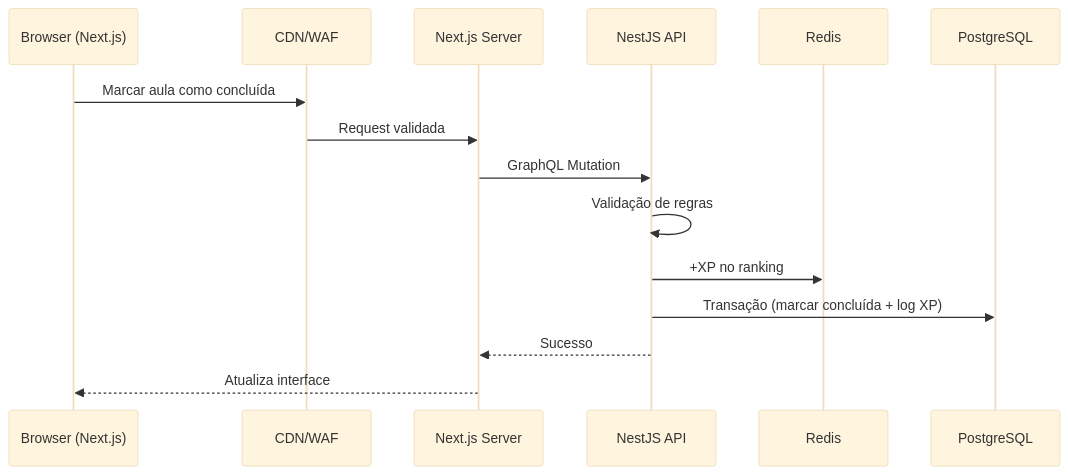
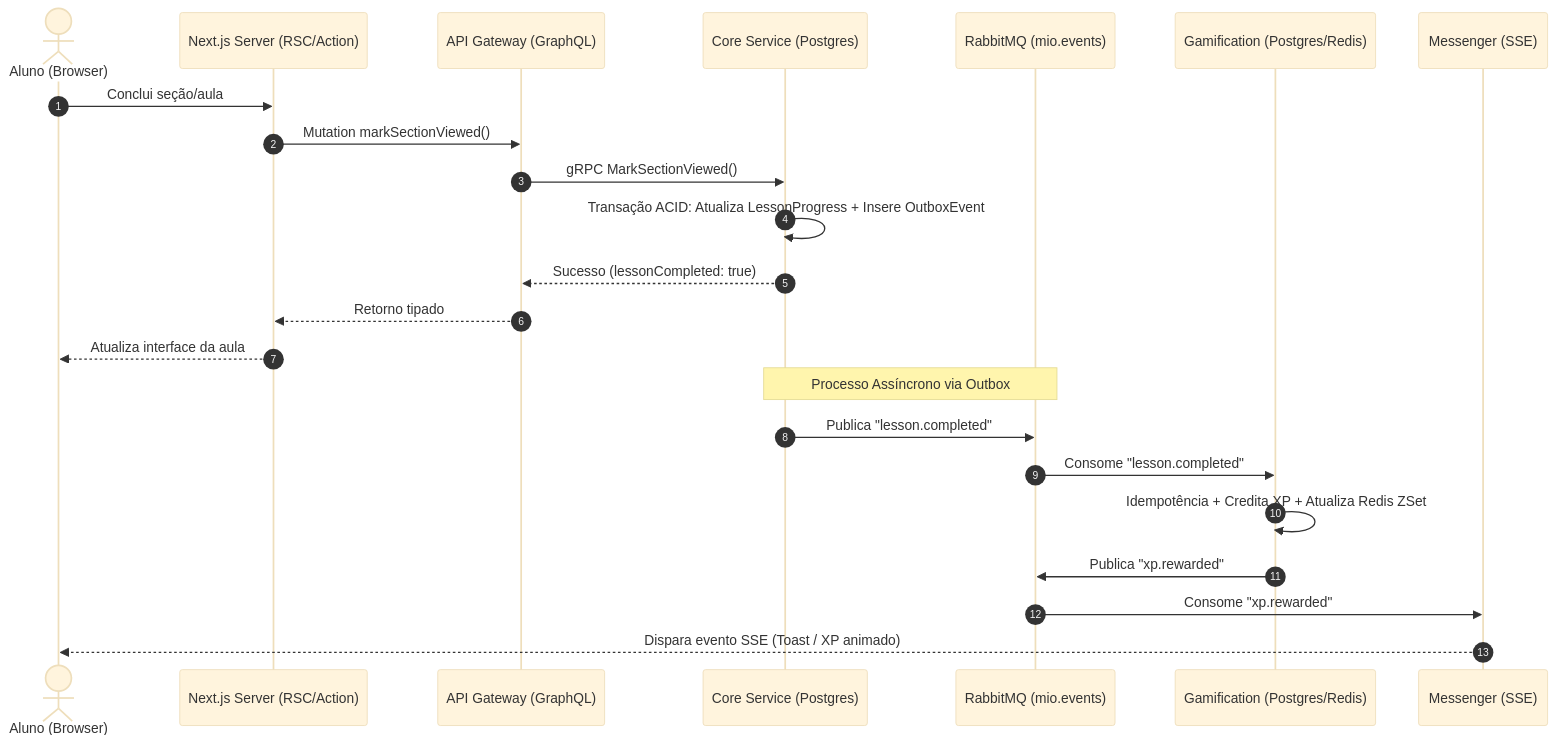
One commit to V-Matheus/Mio changed the diagram in ARCHITECTURE.md. Above: the diagram before and after it, drawn with Mermaid (base theme). The commit also changed other lines of this file and 76 other files, not shown here.

````diff
--- a/ARCHITECTURE.md
+++ b/ARCHITECTURE.md
@@ -72,18 +149,27 @@
 ```mermaid
 sequenceDiagram
-    participant Cliente as Browser (Next.js)
-    participant CDN as CDN/WAF
-    participant SSR as Next.js Server
-    participant API as NestJS API
-    participant Cache as Redis
-    participant DB as PostgreSQL
+    autonumber
+    actor Aluno as Aluno (Browser)
+    participant Web as Next.js Server (RSC/Action)
+    participant GW as API Gateway (GraphQL)
+    participant Core as Core Service (Postgres)
+    participant RMQ as RabbitMQ (mio.events)
+    participant Gamif as Gamification (Postgres/Redis)
+    participant Msg as Messenger (SSE)
 
-    Cliente->>CDN: Marcar aula como concluída
-    CDN->>SSR: Request validada
-    SSR->>API: GraphQL Mutation
-    API->>API: Validação de regras
-    API->>Cache: +XP no ranking
-    API->>DB: Transação (marcar concluída + log XP)
-    API-->>SSR: Sucesso
-    SSR-->>Cliente: Atualiza interface
+    Aluno->>Web: Conclui seção/aula
+    Web->>GW: Mutation markSectionViewed()
+    GW->>Core: gRPC MarkSectionViewed()
+    Core->>Core: Transação ACID: Atualiza LessonProgress + Insere OutboxEvent
+    Core-->>GW: Sucesso (lessonCompleted: true)
+    GW-->>Web: Retorno tipado
+    Web-->>Aluno: Atualiza interface da aula
+
+    Note over Core,RMQ: Processo Assíncrono via Outbox
+    Core->>RMQ: Publica "lesson.completed"
+    RMQ->>Gamif: Consome "lesson.completed"
+    Gamif->>Gamif: Idempotência + Credita XP + Atualiza Redis ZSet
+    Gamif->>RMQ: Publica "xp.rewarded"
+    RMQ->>Msg: Consome "xp.rewarded"
+    Msg-->>Aluno: Dispara evento SSE (Toast / XP animado)
 ```
````
